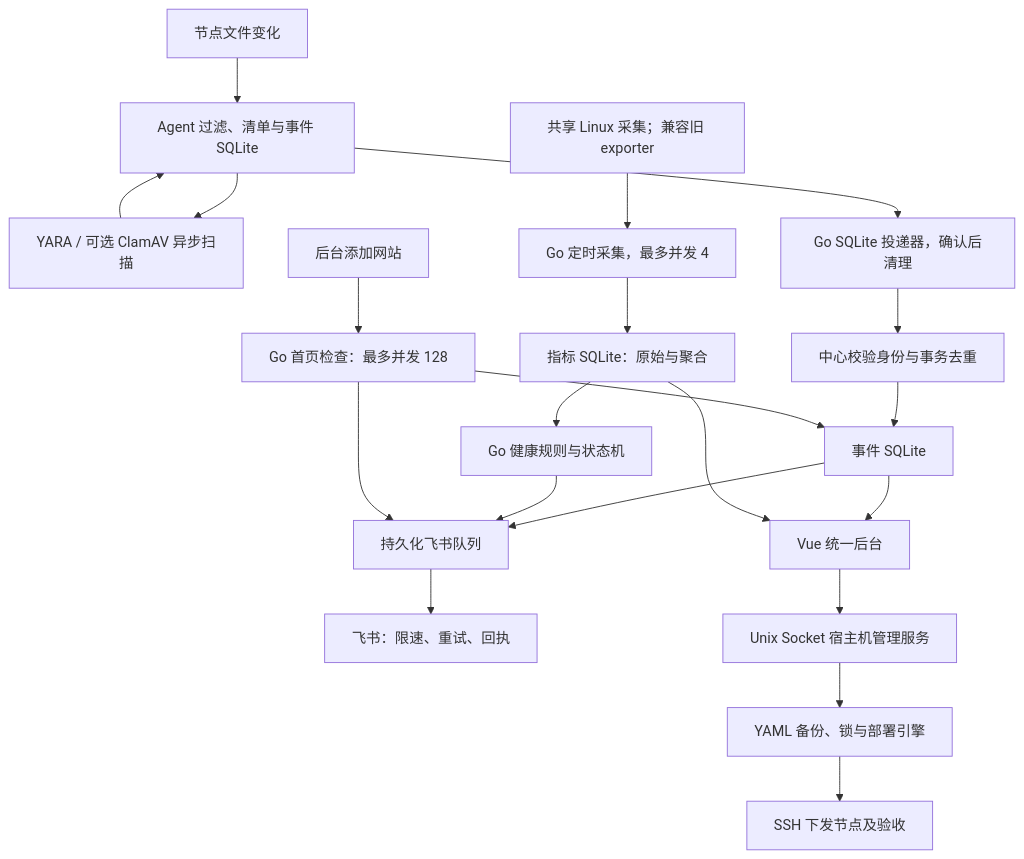
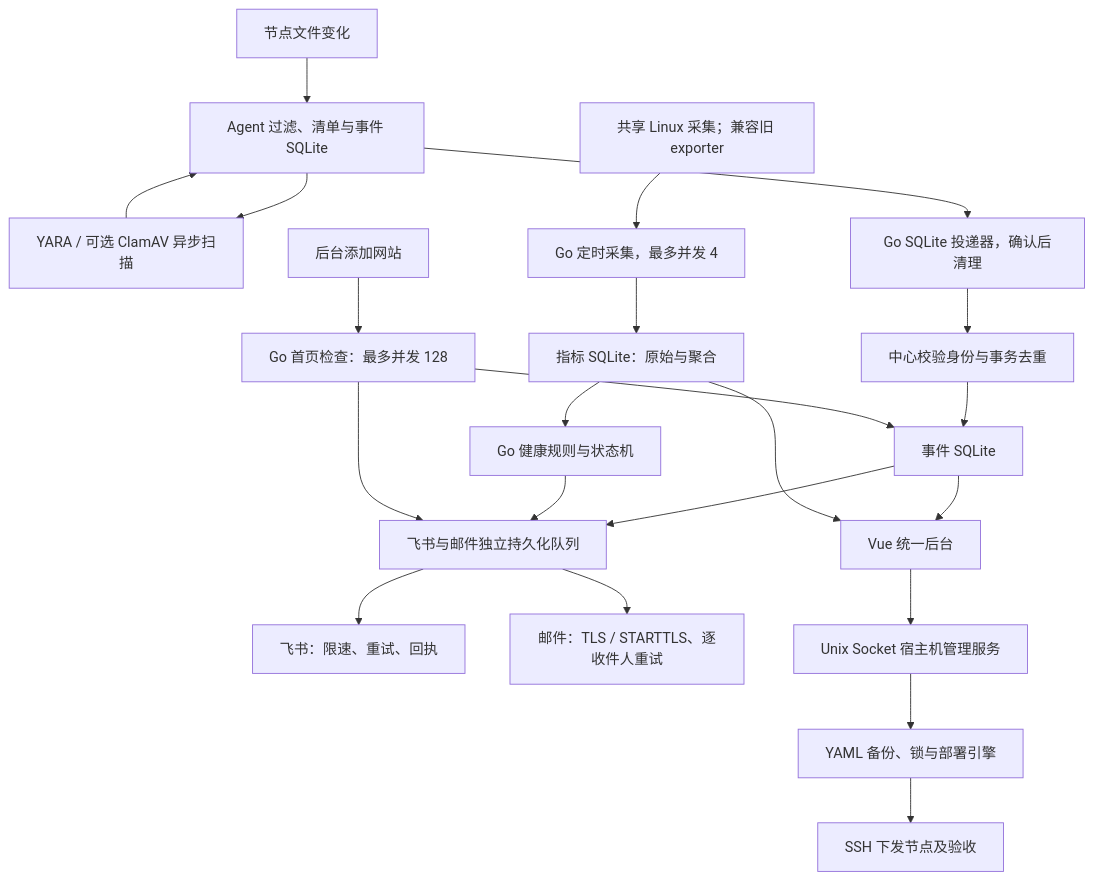
One commit to gzdzh-cn/dzh-webscan changed the diagram in docs/ARCHITECTURE.md. Above: the diagram before and after it, drawn with Mermaid. The commit also changed other lines of this file and 20 other files, not shown here.

````diff
--- a/docs/ARCHITECTURE.md
+++ b/docs/ARCHITECTURE.md
@@ -17,23 +17,24 @@
 ```mermaid
 flowchart TD
     F[节点文件变化] --> A[Agent 过滤、清单与事件 SQLite]
     A --> Y[YARA / 可选 ClamAV 异步扫描]
     Y --> A
     A --> V[Go SQLite 投递器，确认后清理]
     V --> R[中心校验身份与事务去重]
     R --> DB[事件 SQLite]
-    DB --> Q[持久化飞书队列]
+    DB --> Q[飞书与邮件独立持久化队列]
     Q --> FS[飞书：限速、重试、回执]
+    Q --> SMTP[邮件：TLS / STARTTLS、逐收件人重试]
     E[共享 Linux 采集；兼容旧 exporter] --> C[Go 定时采集，最多并发 4]
     C --> M[指标 SQLite：原始与聚合]
     M --> H[Go 健康规则与状态机]
     H --> Q
     W[后台添加网站] --> S[Go 首页检查：最多并发 128]
     S --> DB
     S --> Q
     DB --> UI[Vue 统一后台]
     M --> UI
     UI --> UM[Unix Socket 宿主机管理服务]
     UM --> D[YAML 备份、锁与部署引擎]
     D --> SSH[SSH 下发节点及验收]
 ```
````
